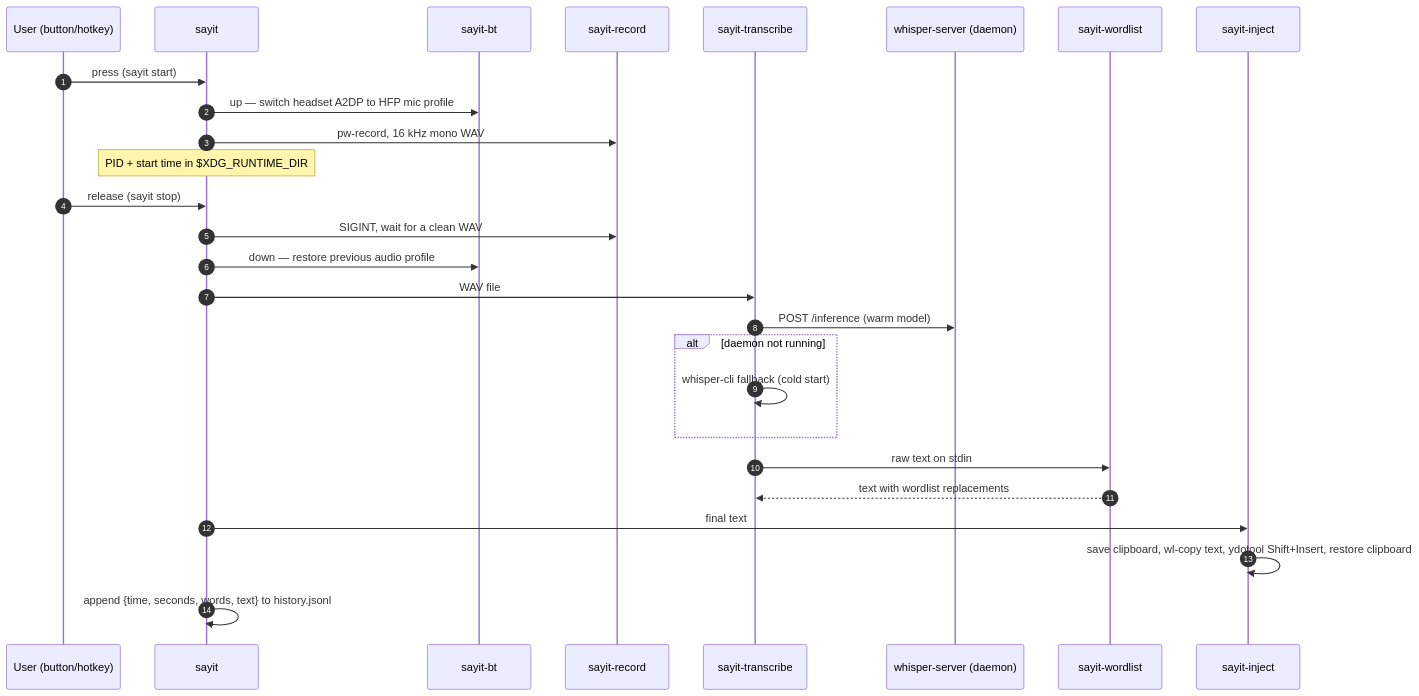
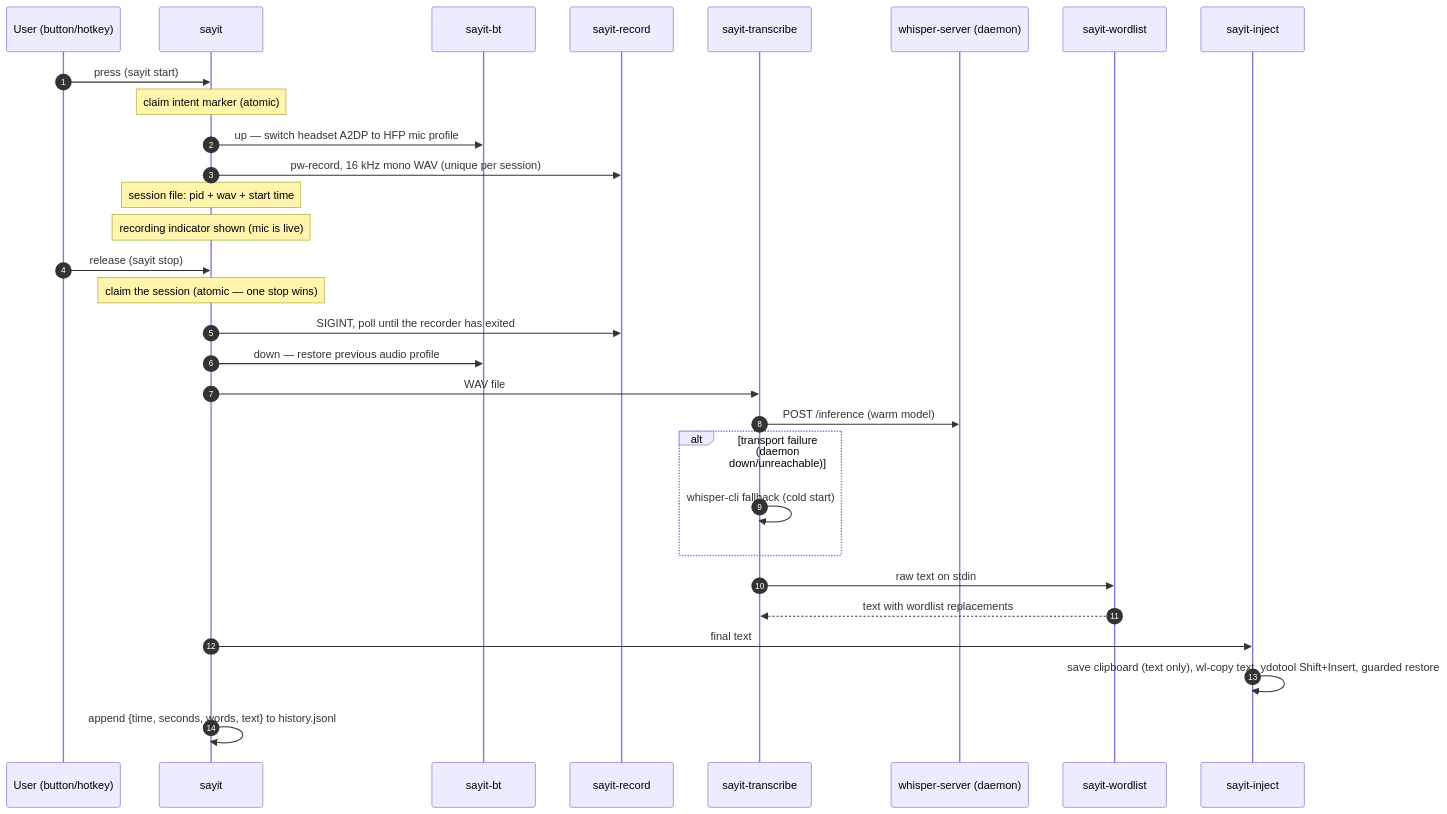
The diagram in docs/ARCHITECTURE.md (MrTorriz/sayit), drawn with Mermaid before and after one commit. The commit also changed other lines of this file and 23 other files, not shown here.

````diff
--- a/docs/ARCHITECTURE.md
+++ b/docs/ARCHITECTURE.md
@@ -9,30 +9,33 @@
 ```mermaid
 sequenceDiagram
     autonumber
     participant U as User (button/hotkey)
     participant S as sayit
     participant BT as sayit-bt
     participant R as sayit-record
     participant T as sayit-transcribe
     participant D as whisper-server (daemon)
     participant W as sayit-wordlist
     participant I as sayit-inject
 
     U->>S: press (sayit start)
+    Note over S: claim intent marker (atomic)
     S->>BT: up — switch headset A2DP to HFP mic profile
-    S->>R: pw-record, 16 kHz mono WAV
-    Note over S: PID + start time in $XDG_RUNTIME_DIR
+    S->>R: pw-record, 16 kHz mono WAV (unique per session)
+    Note over S: session file: pid + wav + start time
+    Note over S: recording indicator shown (mic is live)
     U->>S: release (sayit stop)
-    S->>R: SIGINT, wait for a clean WAV
+    Note over S: claim the session (atomic — one stop wins)
+    S->>R: SIGINT, poll until the recorder has exited
     S->>BT: down — restore previous audio profile
     S->>T: WAV file
     T->>D: POST /inference (warm model)
-    alt daemon not running
+    alt transport failure (daemon down/unreachable)
         T->>T: whisper-cli fallback (cold start)
     end
     T->>W: raw text on stdin
     W-->>T: text with wordlist replacements
     S->>I: final text
-    I->>I: save clipboard, wl-copy text, ydotool Shift+Insert, restore clipboard
+    I->>I: save clipboard (text only), wl-copy text, ydotool Shift+Insert, guarded restore
     S->>S: append {time, seconds, words, text} to history.jsonl
 ```
````
